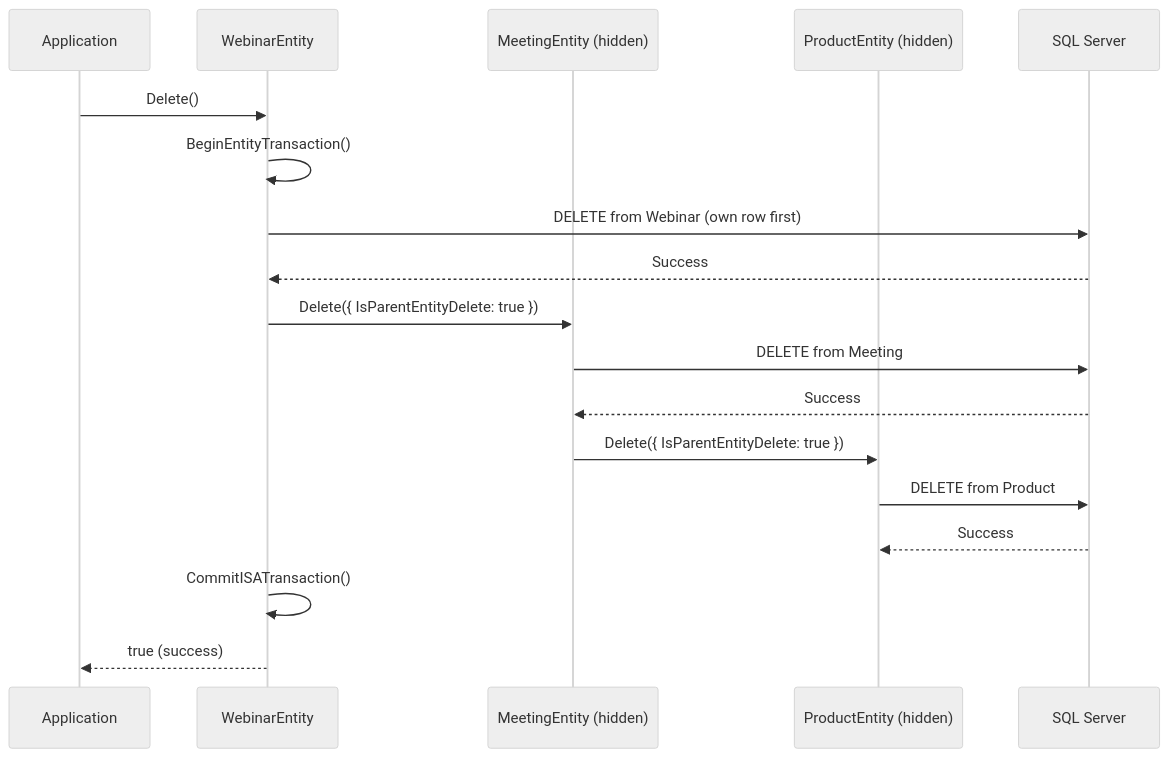
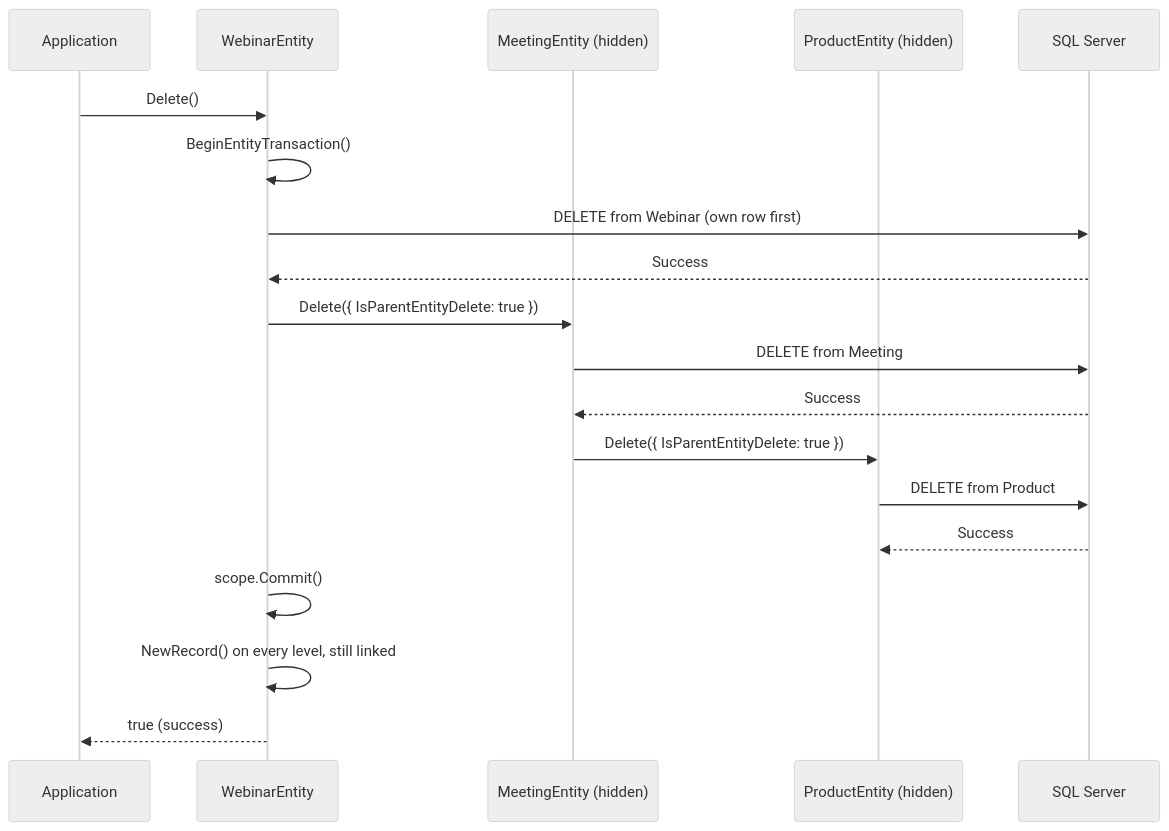
Before and after one commit to MemberJunction/MJ: the sixth of 7 diagrams in packages/MJCore/docs/isa-relationships.md, drawn with Mermaid (neutral theme). The commit also changed other lines of this file and 6 other files, not shown here.

````diff
--- a/packages/MJCore/docs/isa-relationships.md
+++ b/packages/MJCore/docs/isa-relationships.md
@@ -458,25 +463,26 @@
 ```mermaid
 sequenceDiagram
     participant App as Application
     participant W as WebinarEntity
     participant M as MeetingEntity (hidden)
     participant P as ProductEntity (hidden)
     participant DB as SQL Server
 
     App->>W: Delete()
     W->>W: BeginEntityTransaction()
 
     W->>DB: DELETE from Webinar (own row first)
     DB-->>W: Success
 
     W->>M: Delete({ IsParentEntityDelete: true })
     M->>DB: DELETE from Meeting
     DB-->>M: Success
 
     M->>P: Delete({ IsParentEntityDelete: true })
     P->>DB: DELETE from Product
     DB-->>P: Success
 
-    W->>W: CommitISATransaction()
+    W->>W: scope.Commit()
+    W->>W: NewRecord() on every level, still linked
     W-->>App: true (success)
 ```
````
